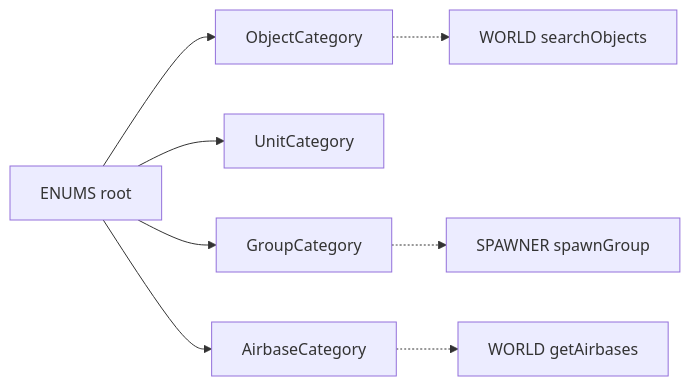
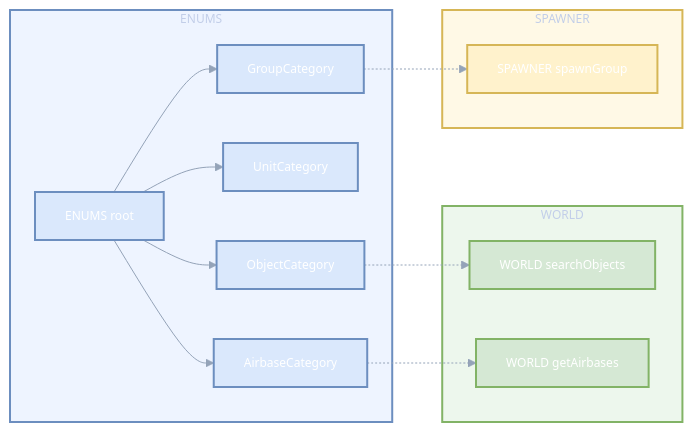
The first of 2 diagrams in docs/enums/categories.md (Gh0st352/AETHR), drawn with Mermaid before and after one commit. The commit also changed other lines of this file and 7 other files, not shown here.

First line of the commit message:
docs(enums): add structured mermaid styling and subgraphs

````diff
--- a/docs/enums/categories.md
+++ b/docs/enums/categories.md
@@ -20,11 +20,47 @@
 ```mermaid
+%%{init: {"theme":"base", "themeVariables": {"primaryColor":"#0f172a","primaryTextColor":"#ffffff","lineColor":"#94a3b8","fontSize":"12px"}}}%%
 flowchart LR
-  EN[ENUMS root] --> OC[ObjectCategory]
-  EN --> UC[UnitCategory]
-  EN --> GC[GroupCategory]
-  EN --> AC[AirbaseCategory]
 
-  OC -.-> WS[WORLD searchObjects]
-  GC -.-> SP[SPAWNER spawnGroup]
-  AC -.-> GA[WORLD getAirbases]
+%% Styles
+classDef enums fill:#dae8fc,stroke:#6c8ebf,stroke-width:2px;
+classDef world fill:#d5e8d4,stroke:#82b366,stroke-width:2px;
+classDef spawner fill:#fff2cc,stroke:#d6b656,stroke-width:2px;
+
+%% Groups
+subgraph sgEnums [ENUMS]
+  EN[ENUMS root]
+  OC[ObjectCategory]
+  UC[UnitCategory]
+  GC[GroupCategory]
+  AC[AirbaseCategory]
+end
+
+subgraph sgWorld [WORLD]
+  WS[WORLD searchObjects]
+  GA[WORLD getAirbases]
+end
+
+subgraph sgSpawner [SPAWNER]
+  SP[SPAWNER spawnGroup]
+end
+
+%% Relationships
+EN --> OC
+EN --> UC
+EN --> GC
+EN --> AC
+
+OC -.-> WS
+GC -.-> SP
+AC -.-> GA
+
+%% Apply classes
+class EN,OC,UC,GC,AC enums
+class WS,GA world
+class SP spawner
+
+%% Subgraph styles
+style sgEnums fill:#eef4ff,stroke:#6c8ebf,stroke-width:2px
+style sgWorld fill:#edf7ed,stroke:#82b366,stroke-width:2px
+style sgSpawner fill:#fff9e6,stroke:#d6b656,stroke-width:2px
 ```
````
